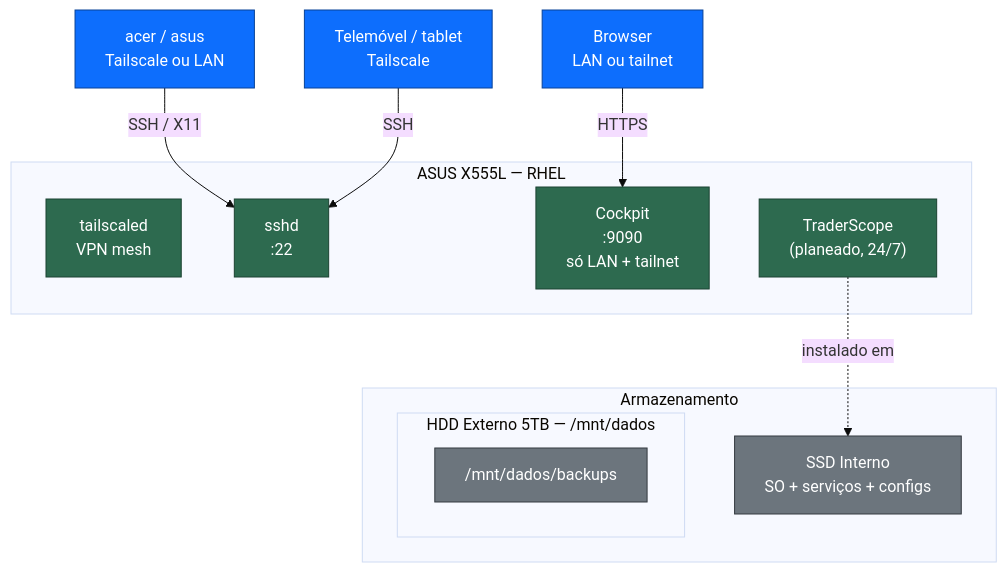
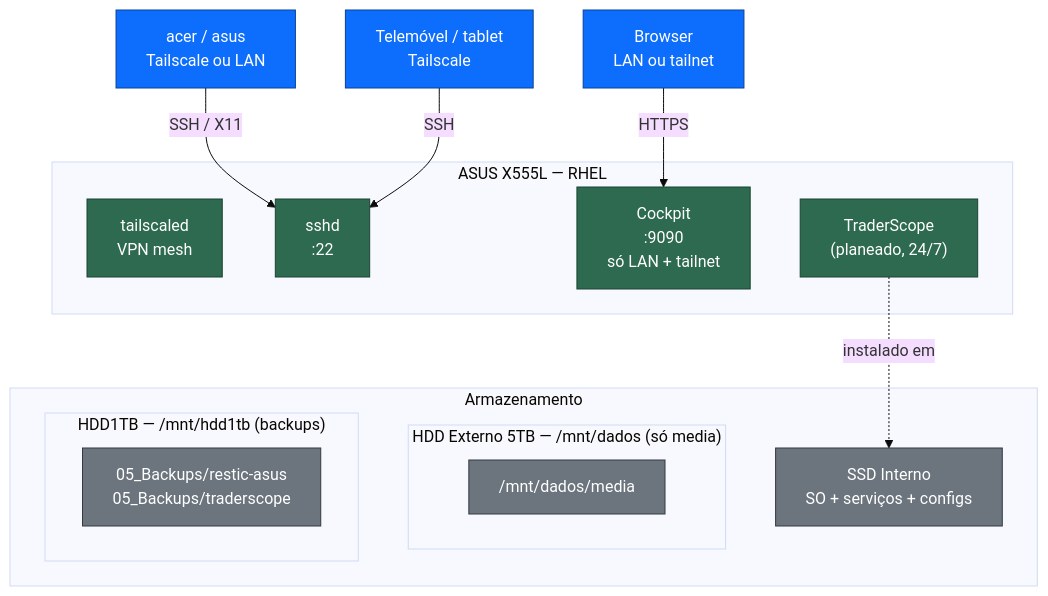
Before and after one commit to Kroatoan1979/001-26-home-server: the second of 3 diagrams in docs/diagrama-rede.md, drawn with Mermaid (base theme). The commit also changed 4 other files, not shown here.

First line of the commit message:
HDD1TB passa a ser o disco de backups; WD de 5 TB só para media

````diff
--- a/docs/diagrama-rede.md
+++ b/docs/diagrama-rede.md
@@ -62,31 +62,34 @@
 ```mermaid
 graph TB
     subgraph Server["ASUS X555L — RHEL"]
         Tailscaled["tailscaled\nVPN mesh"]
         SSHD["sshd\n:22"]
 
         Cockpit["Cockpit\n:9090\nsó LAN + tailnet"]
         TraderScope["TraderScope\n(planeado, 24/7)"]
     end
 
     subgraph Storage["Armazenamento"]
         SSD_int["SSD Interno\nSO + serviços + configs"]
-        subgraph HDD_ext["HDD Externo 5TB — /mnt/dados"]
-            Backups["/mnt/dados/backups"]
+        subgraph HDD_ext["HDD Externo 5TB — /mnt/dados (só media)"]
+            Media["/mnt/dados/media"]
+        end
+        subgraph HDD_bak["HDD1TB — /mnt/hdd1tb (backups)"]
+            Backups["05_Backups/restic-asus\n05_Backups/traderscope"]
         end
     end
 
     TraderScope -.->|"instalado em"| SSD_int
 
     WinPC["acer / asus\nTailscale ou LAN"] -->|"SSH / X11"| SSHD
     Phone["Telemóvel / tablet\nTailscale"] -->|"SSH"| SSHD
     Browser["Browser\nLAN ou tailnet"] -->|"HTTPS"| Cockpit
 
     classDef service fill:#2d6a4f,color:#fff,stroke:#1b4332
     classDef storage fill:#6c757d,color:#fff,stroke:#343a40
     classDef client fill:#0d6efd,color:#fff,stroke:#084298
 
     class Cockpit,SSHD,Tailscaled,TraderScope service
-    class SSD_int,Backups storage
+    class SSD_int,Backups,Media storage
     class WinPC,Phone,Browser client
 ```
````
